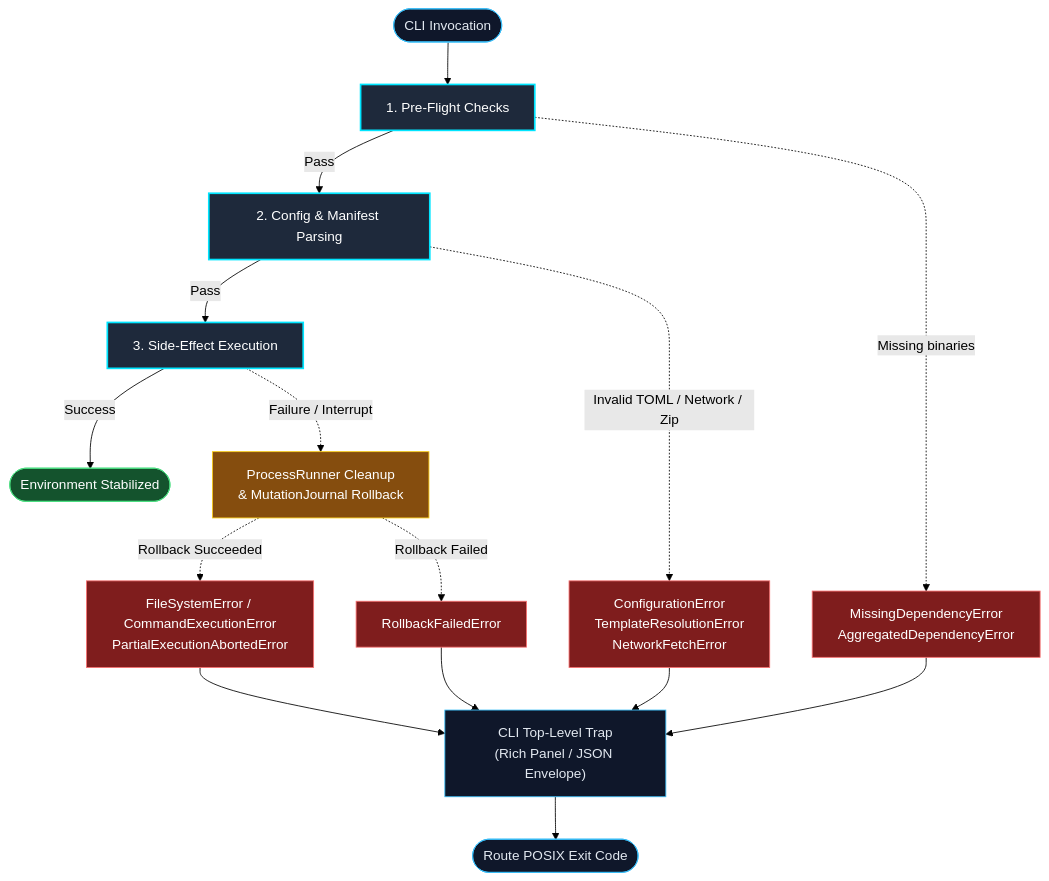
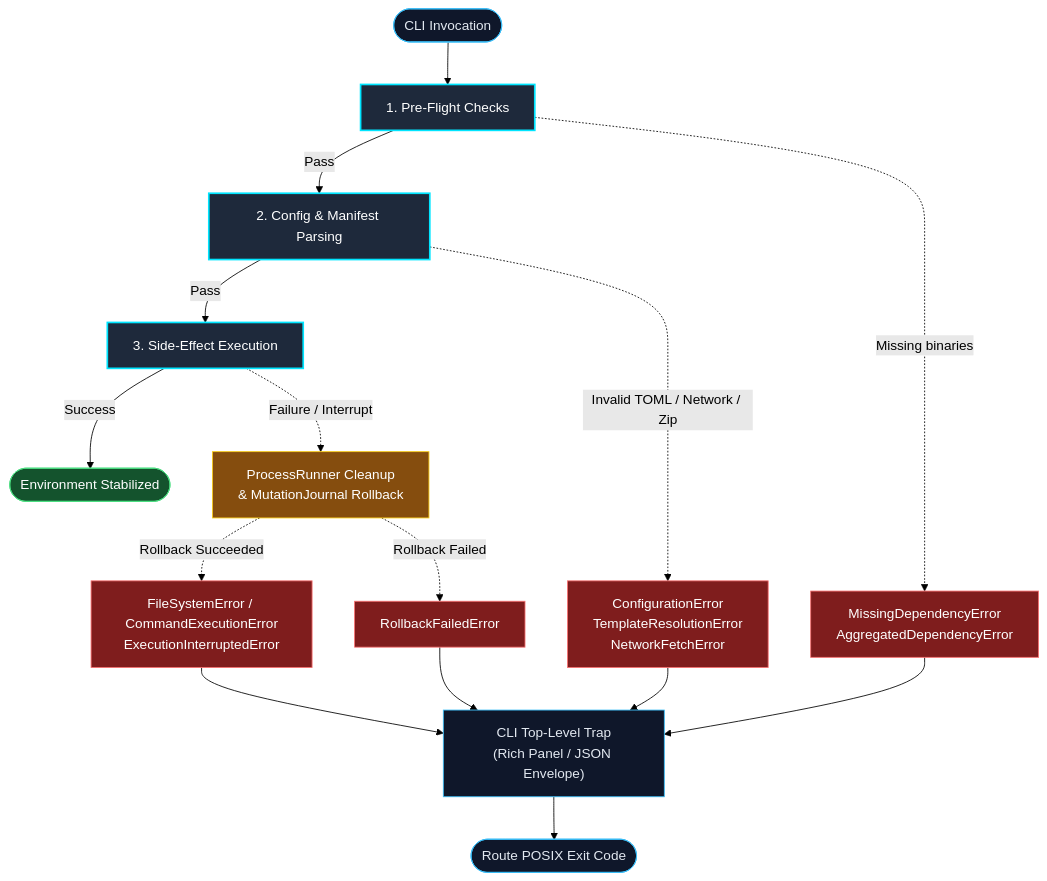
The diagram in docs/mechanics/error_handling.md (JacksonFergusonDev/protostar), drawn with Mermaid (forest theme) before and after one commit. The commit also changed other lines of this file and 13 other files, not shown here.

Commit message:
refactor(errors): replace PartialExecutionAbortedError with ExecutionInterruptedError

````diff
--- a/docs/mechanics/error_handling.md
+++ b/docs/mechanics/error_handling.md
@@ -31,23 +31,23 @@
 ```mermaid
 flowchart TD
     classDef phase fill:#1e293b,stroke:#00e5ff,stroke-width:2px,color:#fff;
     classDef error fill:#7f1d1d,stroke:#f87171,stroke-width:1px,color:#fff;
     classDef core fill:#0f172a,stroke:#38bdf8,stroke-width:1px,color:#e2e8f0;
     classDef success fill:#14532d,stroke:#4ade80,stroke-width:1px,color:#fff;
     classDef rollback fill:#854d0e,stroke:#facc15,stroke-width:1px,color:#fff;
 
     Start([CLI Invocation]):::core --> P1["1. Pre-Flight Checks"]:::phase
     P1 -->|Pass| P2["2. Config & Manifest Parsing"]:::phase
     P2 -->|Pass| P3["3. Side-Effect Execution"]:::phase
     P3 -->|Success| End([Environment Stabilized]):::success
 
     P1 -.->|Missing binaries| E1["MissingDependencyError<br/>AggregatedDependencyError"]:::error
     P2 -.->|Invalid TOML / Network / Zip| E2["ConfigurationError<br/>TemplateResolutionError<br/>NetworkFetchError"]:::error
     P3 -.->|Failure / Interrupt| RB["ProcessRunner Cleanup<br/>& MutationJournal Rollback"]:::rollback
 
-    RB -.->|Rollback Succeeded| E3["FileSystemError / CommandExecutionError<br/>PartialExecutionAbortedError"]:::error
+    RB -.->|Rollback Succeeded| E3["FileSystemError / CommandExecutionError<br/>ExecutionInterruptedError"]:::error
     RB -.->|Rollback Failed| E4["RollbackFailedError"]:::error
 
     E1 & E2 & E3 & E4 --> Trap["CLI Top-Level Trap<br/>(Rich Panel / JSON Envelope)"]:::core
     Trap --> Exit([Route POSIX Exit Code]):::core
 ```
````
